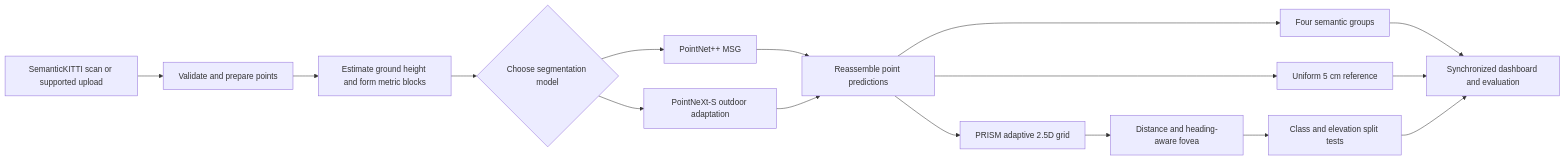
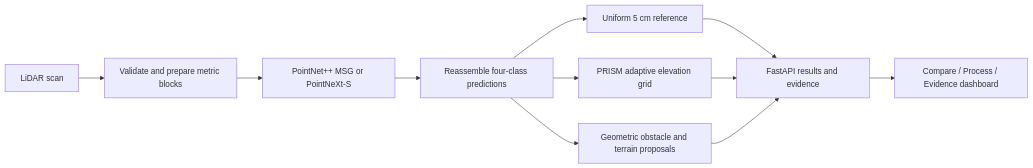
Before and after one commit to adarshvision1/PRISM: the diagram in README.md, drawn with Mermaid. The commit also changed other lines of this file and 9 other files, not shown here.

````diff
--- a/README.md
+++ b/README.md
@@ -42,18 +45,13 @@
 ```mermaid
 flowchart LR
-    A[SemanticKITTI scan or supported upload] --> B[Validate and prepare points]
-    B --> C[Estimate ground height and form metric blocks]
-    C --> D{Choose segmentation model}
-    D --> E[PointNet++ MSG]
-    D --> F[PointNeXt-S outdoor adaptation]
-    E --> G[Reassemble point predictions]
-    F --> G
-    G --> H[Four semantic groups]
-    G --> I[Uniform 5 cm reference]
-    G --> J[PRISM adaptive 2.5D grid]
-    J --> K[Distance and heading-aware fovea]
-    K --> L[Class and elevation split tests]
-    H --> M[Synchronized dashboard and evaluation]
-    I --> M
-    L --> M
+    A[LiDAR scan] --> B[Validate and prepare metric blocks]
+    B --> C[PointNet++ MSG or PointNeXt-S]
+    C --> D[Reassemble four-class predictions]
+    D --> E[Uniform 5 cm reference]
+    D --> F[PRISM adaptive elevation grid]
+    D --> G[Geometric obstacle and terrain proposals]
+    E --> H[FastAPI results and evidence]
+    F --> H
+    G --> H
+    H --> I[Compare / Process / Evidence dashboard]
 ```
````
